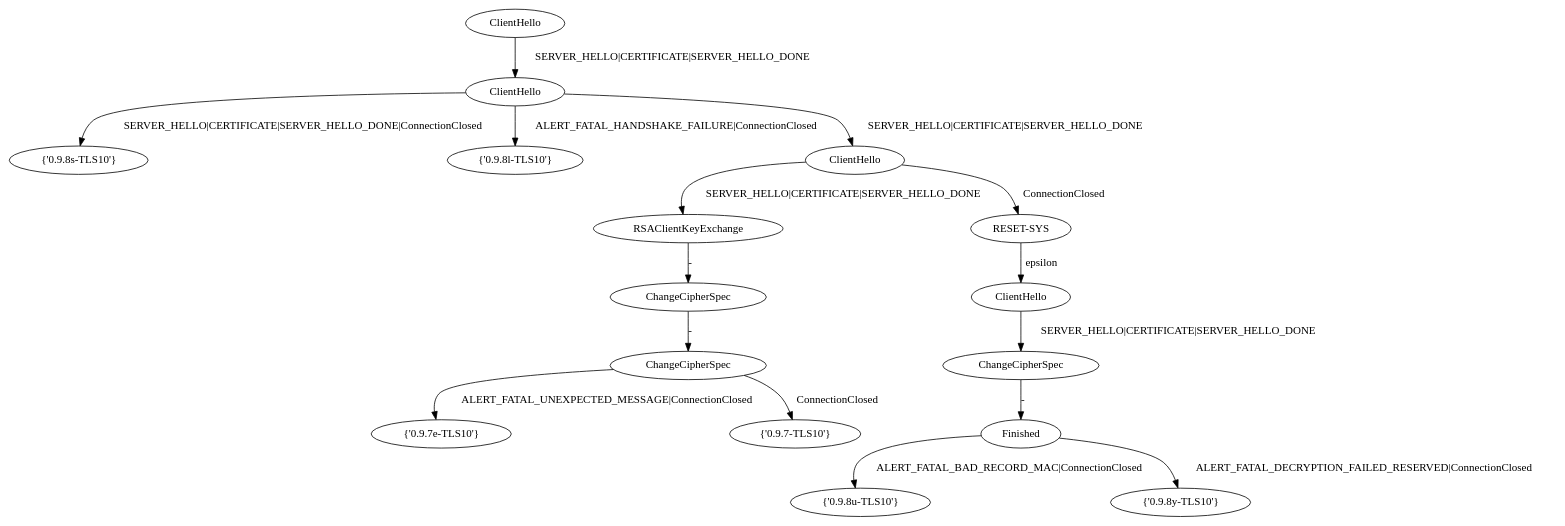
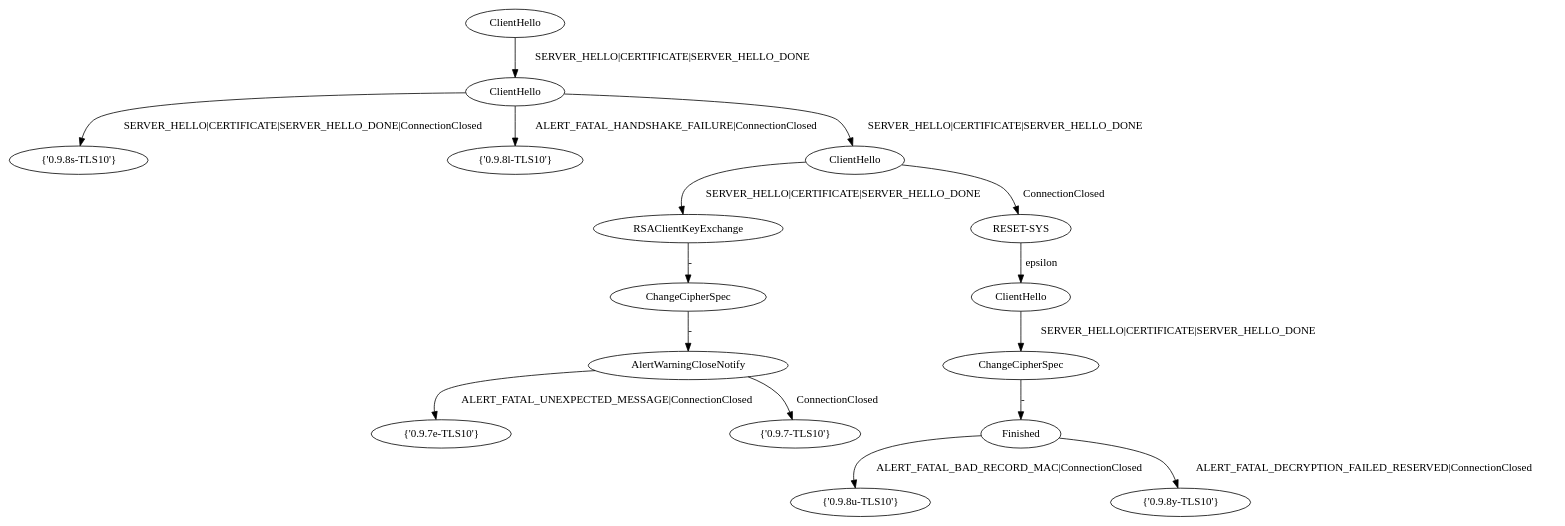
The diagram in family-fingerprinter/CDS.dot (GianniM123/FFSM_fingerprint), drawn with Graphviz before and after one commit. The commit also changed 2 other files, not shown here.

```diff
--- a/family-fingerprinter/CDS.dot
+++ b/family-fingerprinter/CDS.dot
@@ -1,49 +1,49 @@
 digraph "" {
 	node [label="\N"];
 	a0	[label=ClientHello];
 	a1	[label=ClientHello];
 	a0 -> a1	[key=0,
 		label="SERVER_HELLO|CERTIFICATE|SERVER_HELLO_DONE"];
 	a2	[label="{'0.9.8s-TLS10'}"];
 	a1 -> a2	[key=0,
 		label="SERVER_HELLO|CERTIFICATE|SERVER_HELLO_DONE|ConnectionClosed"];
 	a3	[label="{'0.9.8l-TLS10'}"];
 	a1 -> a3	[key=0,
 		label="ALERT_FATAL_HANDSHAKE_FAILURE|ConnectionClosed"];
 	a11	[label=ClientHello];
 	a1 -> a11	[key=0,
 		label="SERVER_HELLO|CERTIFICATE|SERVER_HELLO_DONE"];
 	a48	[label=RSAClientKeyExchange];
 	a11 -> a48	[key=0,
 		label="SERVER_HELLO|CERTIFICATE|SERVER_HELLO_DONE"];
 	a73	[label="RESET-SYS"];
 	a11 -> a73	[key=0,
 		label=ConnectionClosed];
 	a49	[label=ChangeCipherSpec];
 	a48 -> a49	[key=0,
 		label="-"];
-	a50	[label=ChangeCipherSpec];
+	a50	[label=AlertWarningCloseNotify];
 	a49 -> a50	[key=0,
 		label="-"];
-	a55	[label="{'0.9.7e-TLS10'}"];
-	a50 -> a55	[key=0,
+	a51	[label="{'0.9.7e-TLS10'}"];
+	a50 -> a51	[key=0,
 		label="ALERT_FATAL_UNEXPECTED_MESSAGE|ConnectionClosed"];
-	a56	[label="{'0.9.7-TLS10'}"];
-	a50 -> a56	[key=0,
+	a52	[label="{'0.9.7-TLS10'}"];
+	a50 -> a52	[key=0,
 		label=ConnectionClosed];
 	a74	[label=ClientHello];
 	a73 -> a74	[key=0,
 		label=epsilon];
 	a75	[label=ChangeCipherSpec];
 	a74 -> a75	[key=0,
 		label="SERVER_HELLO|CERTIFICATE|SERVER_HELLO_DONE"];
 	a76	[label=Finished];
 	a75 -> a76	[key=0,
 		label="-"];
 	a77	[label="{'0.9.8u-TLS10'}"];
 	a76 -> a77	[key=0,
 		label="ALERT_FATAL_BAD_RECORD_MAC|ConnectionClosed"];
 	a78	[label="{'0.9.8y-TLS10'}"];
 	a76 -> a78	[key=0,
 		label="ALERT_FATAL_DECRYPTION_FAILED_RESERVED|ConnectionClosed"];
 }
```
